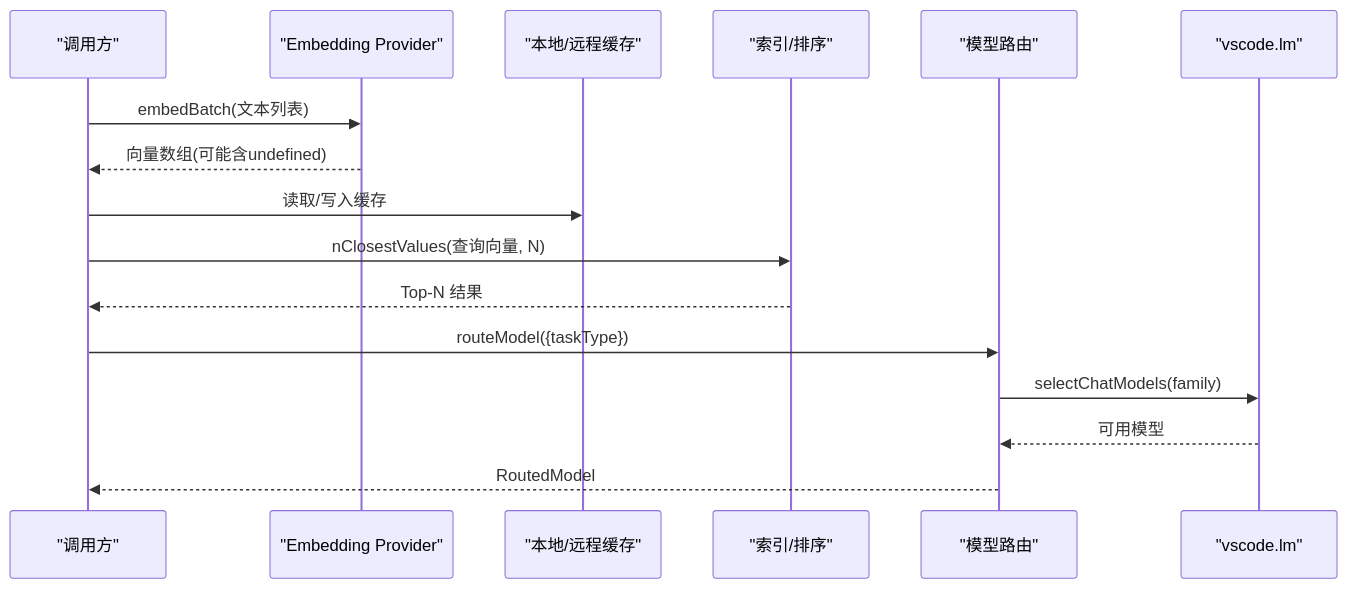
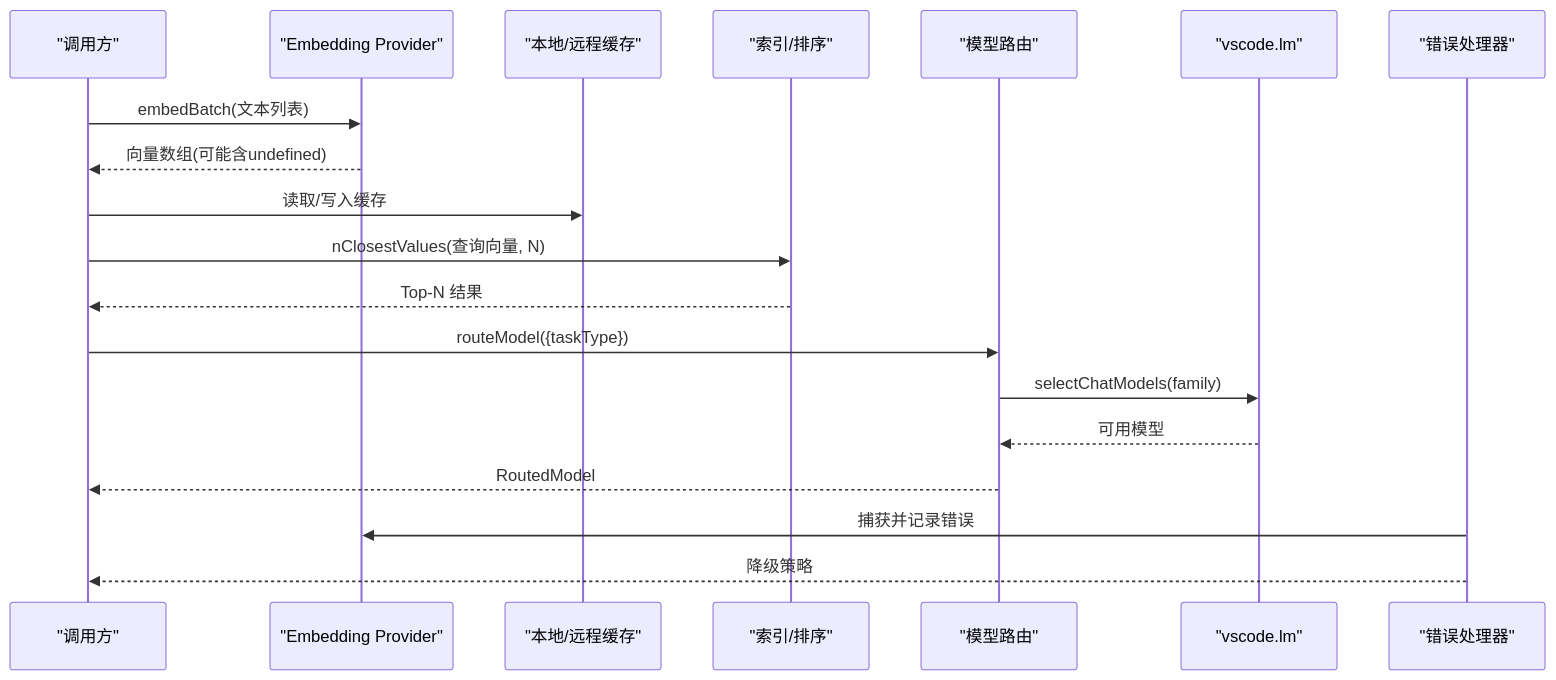
The second of 10 diagrams in .qoder/repowiki/zh/content/架构设计/代码库智能架构/嵌入模型系统.md (sofate798/KodrixCode), drawn with Mermaid before and after one commit. The commit also changed other lines of this file and 12 other files, not shown here.

````diff
--- a/.qoder/repowiki/zh/content/架构设计/代码库智能架构/嵌入模型系统.md
+++ b/.qoder/repowiki/zh/content/架构设计/代码库智能架构/嵌入模型系统.md
@@ -114,18 +141,21 @@
 ```mermaid
 sequenceDiagram
 participant App as "调用方"
 participant Prov as "Embedding Provider"
 participant Cache as "本地/远程缓存"
 participant Index as "索引/排序"
 participant Router as "模型路由"
 participant LM as "vscode.lm"
+participant ErrorHandler as "错误处理器"
 App->>Prov : embedBatch(文本列表)
 Prov-->>App : 向量数组(可能含undefined)
 App->>Cache : 读取/写入缓存
 App->>Index : nClosestValues(查询向量, N)
 Index-->>App : Top-N 结果
 App->>Router : routeModel({taskType})
 Router->>LM : selectChatModels(family)
 LM-->>Router : 可用模型
 Router-->>App : RoutedModel
+ErrorHandler->>Prov : 捕获并记录错误
+ErrorHandler-->>App : 降级策略
 ```
````
